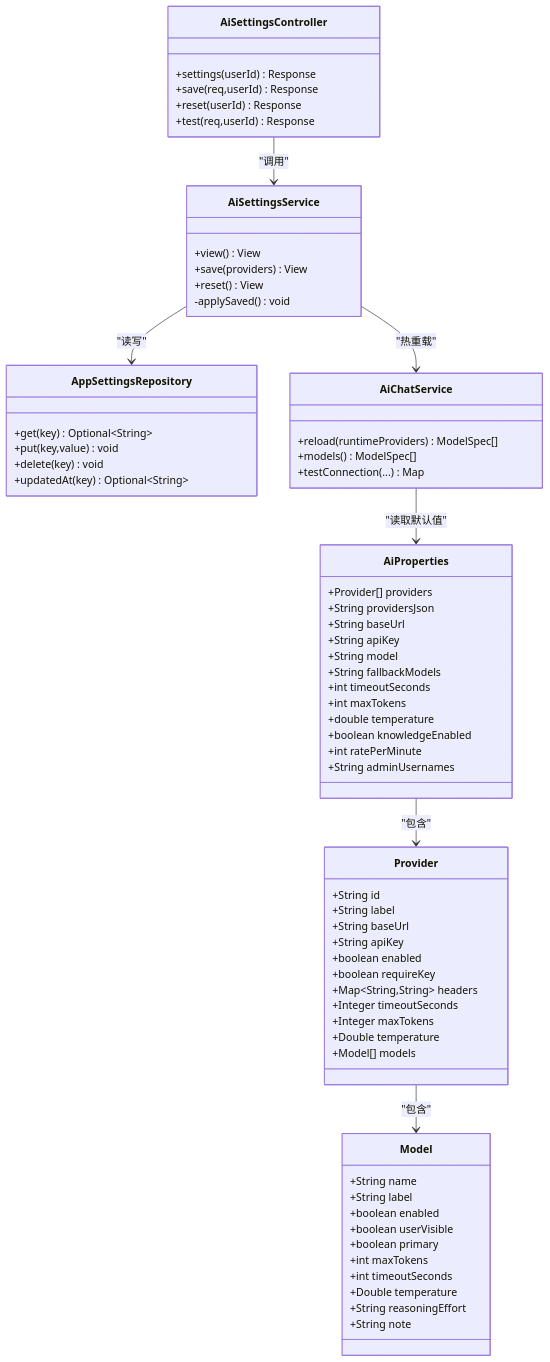
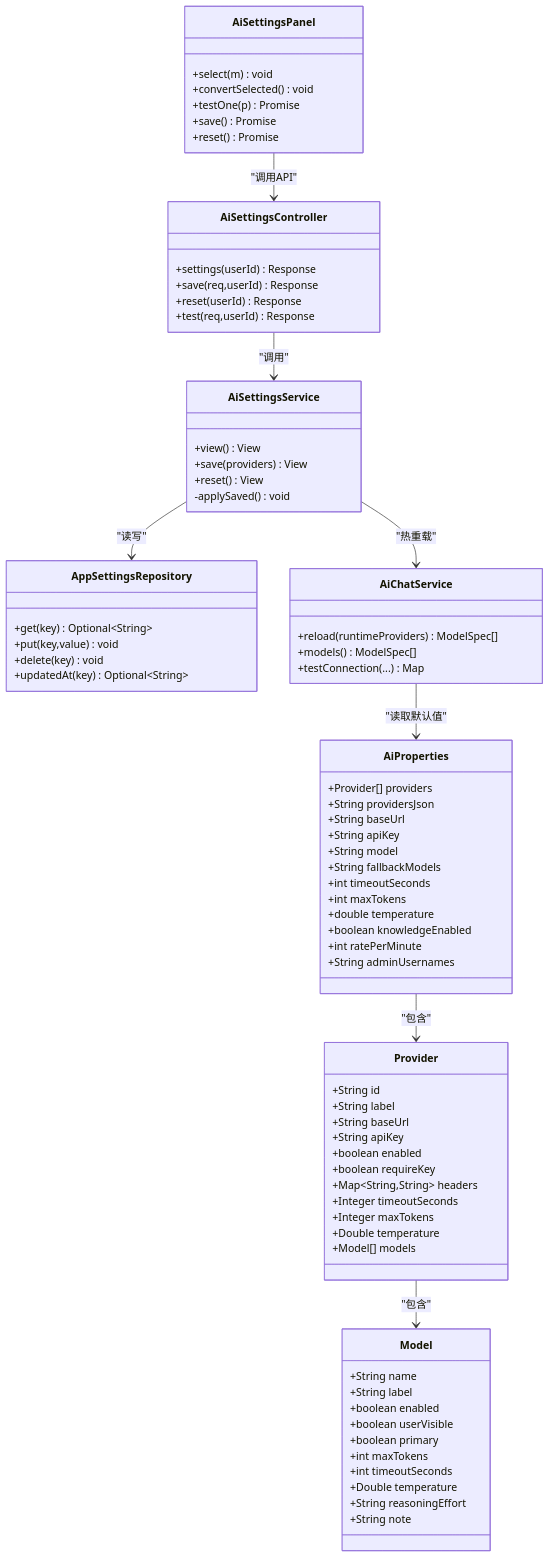
One commit to huangman881112/aiforip changed the third of 3 diagrams in .qoder/repowiki/zh/content/AI系统集成/AI配置管理.md. Above: the diagram before and after it, drawn with Mermaid. The commit also changed other lines of this file and 69 other files, not shown here.

````diff
--- a/.qoder/repowiki/zh/content/AI系统集成/AI配置管理.md
+++ b/.qoder/repowiki/zh/content/AI系统集成/AI配置管理.md
@@ -196,71 +265,79 @@
 ```mermaid
 classDiagram
 class AiProperties {
 +Provider[] providers
 +String providersJson
 +String baseUrl
 +String apiKey
 +String model
 +String fallbackModels
 +int timeoutSeconds
 +int maxTokens
 +double temperature
 +boolean knowledgeEnabled
 +int ratePerMinute
 +String adminUsernames
 }
 class Provider {
 +String id
 +String label
 +String baseUrl
 +String apiKey
 +boolean enabled
 +boolean requireKey
 +Map~String,String~ headers
 +Integer timeoutSeconds
 +Integer maxTokens
 +Double temperature
 +Model[] models
 }
 class Model {
 +String name
 +String label
 +boolean enabled
 +boolean userVisible
 +boolean primary
 +int maxTokens
 +int timeoutSeconds
 +Double temperature
 +String reasoningEffort
 +String note
 }
 class AiSettingsService {
 +view() View
 +save(providers) View
 +reset() View
 -applySaved() void
 }
 class AppSettingsRepository {
 +get(key) Optional~String~
 +put(key,value) void
 +delete(key) void
 +updatedAt(key) Optional~String~
 }
 class AiChatService {
 +reload(runtimeProviders) ModelSpec[]
 +models() ModelSpec[]
 +testConnection(...) Map
 }
 class AiSettingsController {
 +settings(userId) Response
 +save(req,userId) Response
 +reset(userId) Response
 +test(req,userId) Response
 }
+class AiSettingsPanel {
++select(m) void
++convertSelected() void
++testOne(p) Promise
++save() Promise
++reset() Promise
+}
+AiSettingsPanel --> AiSettingsController : "调用API"
 AiSettingsController --> AiSettingsService : "调用"
 AiSettingsService --> AppSettingsRepository : "读写"
 AiSettingsService --> AiChatService : "热重载"
 AiChatService --> AiProperties : "读取默认值"
 AiProperties --> Provider : "包含"
 Provider --> Model : "包含"
 ```
````
